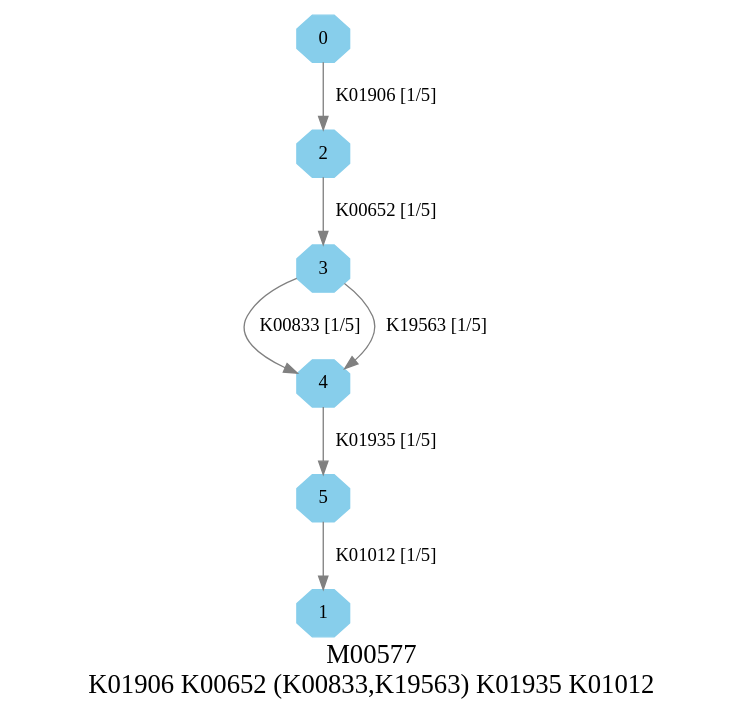
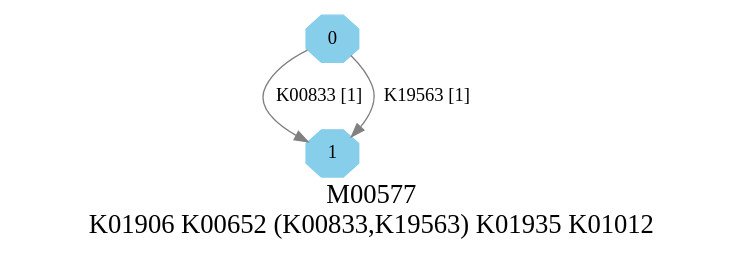
Before and after one commit to EBI-Metagenomics/kegg-pathways-completeness-tool: the diagram in kegg_pathways_completeness/graphs/dots/M00577.dot, drawn with Graphviz. The commit also changed 587 other files, not shown here.

```diff
--- a/kegg_pathways_completeness/graphs/dots/M00577.dot
+++ b/kegg_pathways_completeness/graphs/dots/M00577.dot
@@ -1,13 +1,9 @@
 digraph G {
 graph [label="M00577
 K01906 K00652 (K00833,K19563) K01935 K01012",fontsize=20];
 node [shape=box,style=filled];
 edge [len=3,color=grey];
-{node [width=.3,height=.3,shape=octagon,style=filled,color=skyblue] 0 1 2 3 4 5 }
-0 -> 2 [label="K01906 [1/5]"];
-2 -> 3 [label="K00652 [1/5]"];
-3 -> 4 [label="K00833 [1/5]"];
-3 -> 4 [label="K19563 [1/5]"];
-4 -> 5 [label="K01935 [1/5]"];
-5 -> 1 [label="K01012 [1/5]"];
+{node [width=.3,height=.3,shape=octagon,style=filled,color=skyblue] 0 1 }
+0 -> 1 [label="K00833 [1]"];
+0 -> 1 [label="K19563 [1]"];
 }
```
